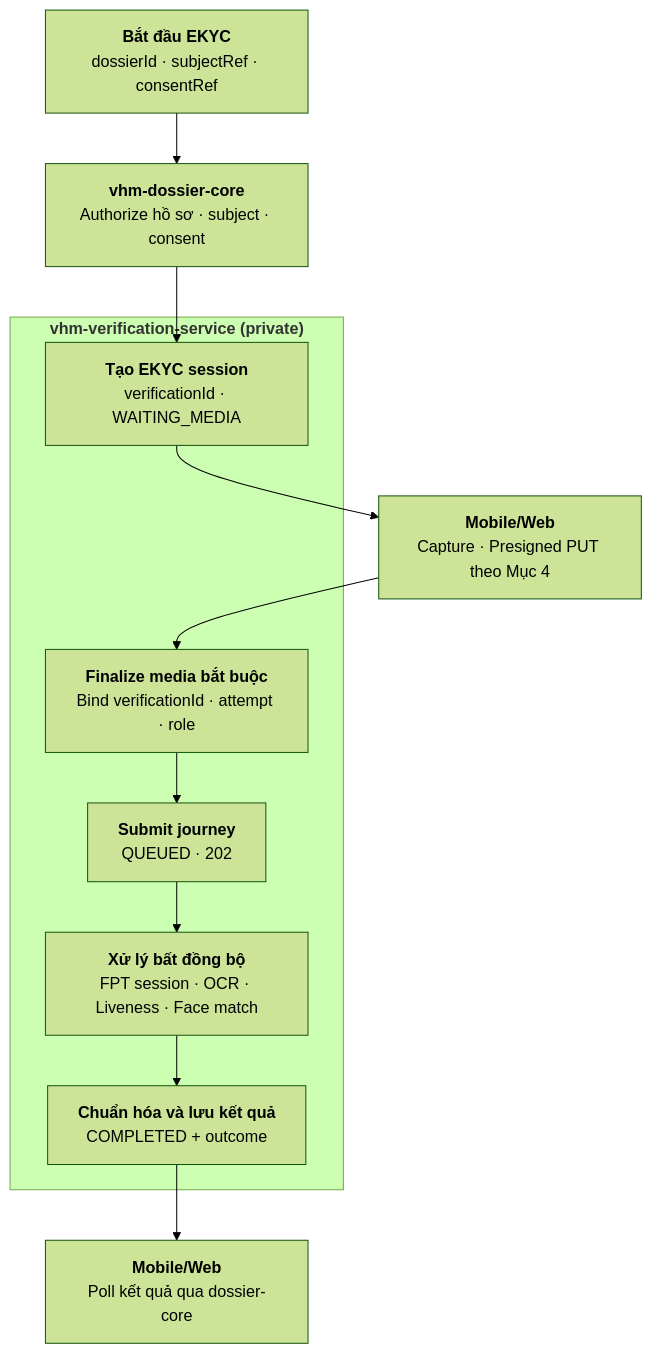
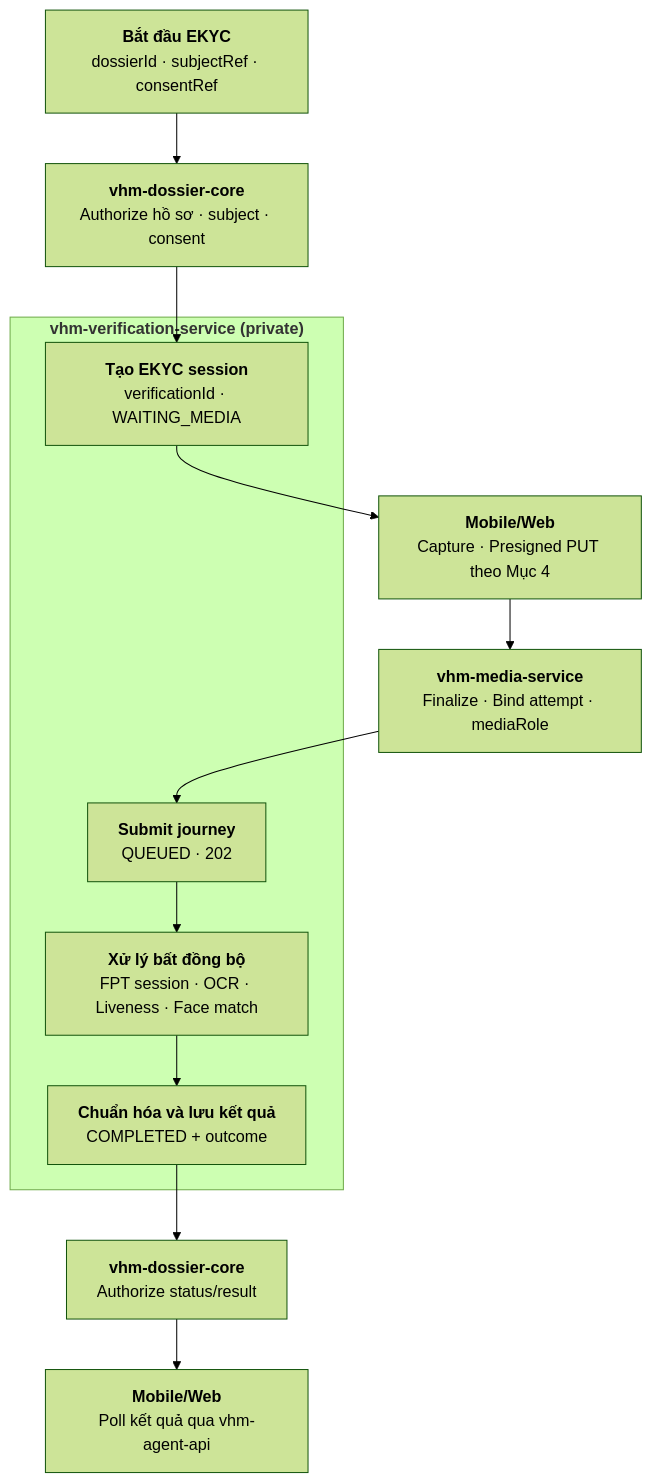
The sixth of 8 diagrams in noxh.md (huynv-xyz/vhm), drawn with Mermaid (forest theme) before and after one commit. The commit also changed other lines of this file, not shown here.

````diff
--- a/noxh.md
+++ b/noxh.md
@@ -311,28 +330,30 @@
 ```mermaid
 flowchart TD
     START["`**Bắt đầu EKYC**
 dossierId · subjectRef · consentRef`"]
     AUTHORIZE["`**vhm-dossier-core**
 Authorize hồ sơ · subject · consent`"]
     subgraph VERIFY["`**vhm-verification-service (private)**`"]
         SESSION["`**Tạo EKYC session**
 verificationId · WAITING_MEDIA`"]
-        FINALIZE["`**Finalize media bắt buộc**
-Bind verificationId · attempt · role`"]
         SUBMIT["`**Submit journey**
 QUEUED · 202`"]
         PROCESS["`**Xử lý bất đồng bộ**
 FPT session · OCR · Liveness · Face match`"]
         RESULT["`**Chuẩn hóa và lưu kết quả**
 COMPLETED + outcome`"]
 
-        FINALIZE --> SUBMIT --> PROCESS --> RESULT
+        SUBMIT --> PROCESS --> RESULT
     end
     CAPTURE["`**Mobile/Web**
 Capture · Presigned PUT theo Mục 4`"]
+    MEDIA_SERVICE["`**vhm-media-service**
+Finalize · Bind attempt · mediaRole`"]
+    QUERY["`**vhm-dossier-core**
+Authorize status/result`"]
     CLIENT["`**Mobile/Web**
-Poll kết quả qua dossier-core`"]
+Poll kết quả qua vhm-agent-api`"]
 
-    START --> AUTHORIZE --> SESSION --> CAPTURE --> FINALIZE
-    RESULT --> CLIENT
+    START --> AUTHORIZE --> SESSION --> CAPTURE --> MEDIA_SERVICE --> SUBMIT
+    RESULT --> QUERY --> CLIENT
 ```
````
